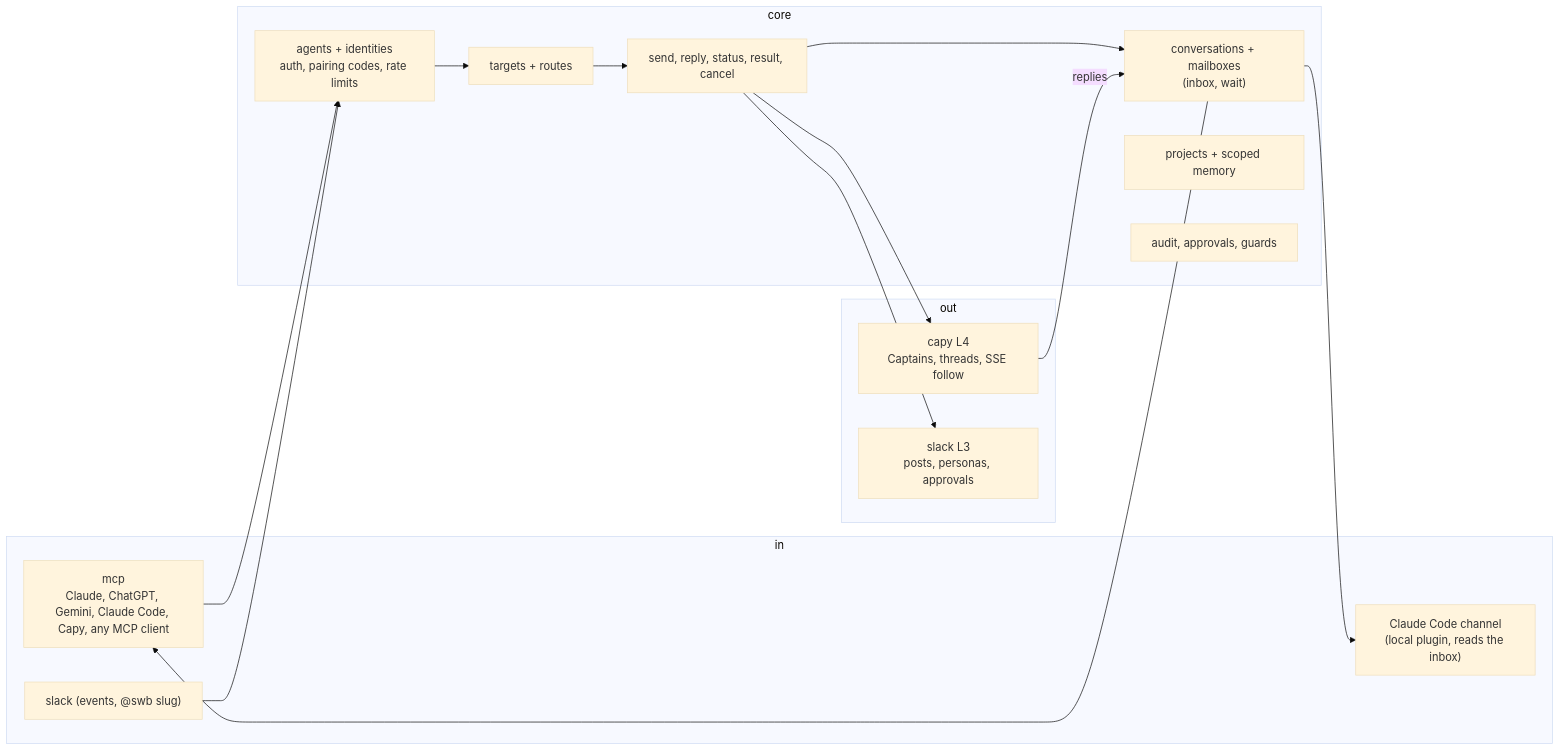
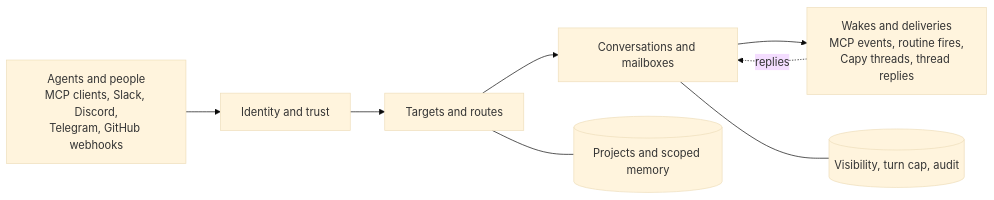
The second of 2 diagrams in README.md (ZhehanZhang/SwB), drawn with Mermaid (base theme) before and after one commit. The commit also changed other lines of this file and 15 other files, not shown here.

````diff
--- a/README.md
+++ b/README.md
@@ -15,26 +184,10 @@
 ```mermaid
 flowchart LR
-  subgraph ins["in"]
-    MCP["mcp<br/>Claude, ChatGPT, Gemini, Claude Code, Capy, any MCP client"]
-    SIN["slack (events, @swb slug)"]
-    CH["Claude Code channel<br/>(local plugin, reads the inbox)"]
-  end
-  subgraph core
-    A["agents + identities<br/>auth, pairing codes, rate limits"] --> T["targets + routes"]
-    T --> V["send, reply, status, result, cancel"]
-    V --> I["conversations + mailboxes<br/>(inbox, wait)"]
-    M[projects + scoped memory]
-    L[audit, approvals, guards]
-  end
-  subgraph outs["out"]
-    C["capy L4<br/>Captains, threads, SSE follow"]
-    SOUT["slack L3<br/>posts, personas, approvals"]
-  end
-  MCP --> A
-  SIN --> A
-  V --> C
-  V --> SOUT
-  C -- replies --> I
-  I --> MCP
-  I --> CH
+  IN["Agents and people<br/>MCP clients, Slack, Discord,<br/>Telegram, GitHub webhooks"] --> ID["Identity and trust"]
+  ID --> RT["Targets and routes"]
+  RT --> CV["Conversations and mailboxes"]
+  CV --> OUT["Wakes and deliveries<br/>MCP events, routine fires,<br/>Capy threads, thread replies"]
+  OUT -. replies .-> CV
+  RT --- PM[("Projects and scoped memory")]
+  CV --- AU[("Visibility, turn cap, audit")]
 ```
````
